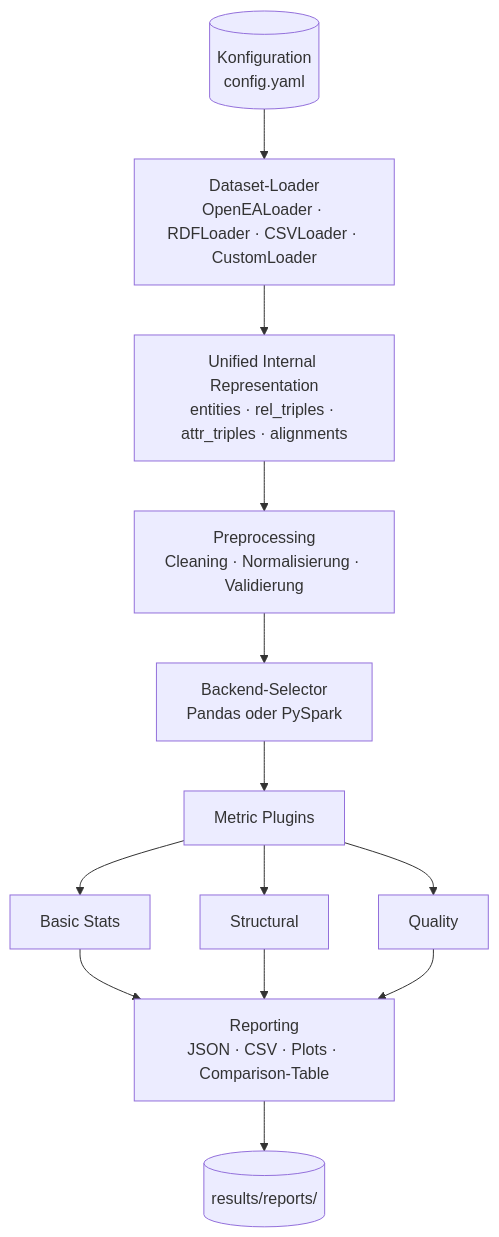
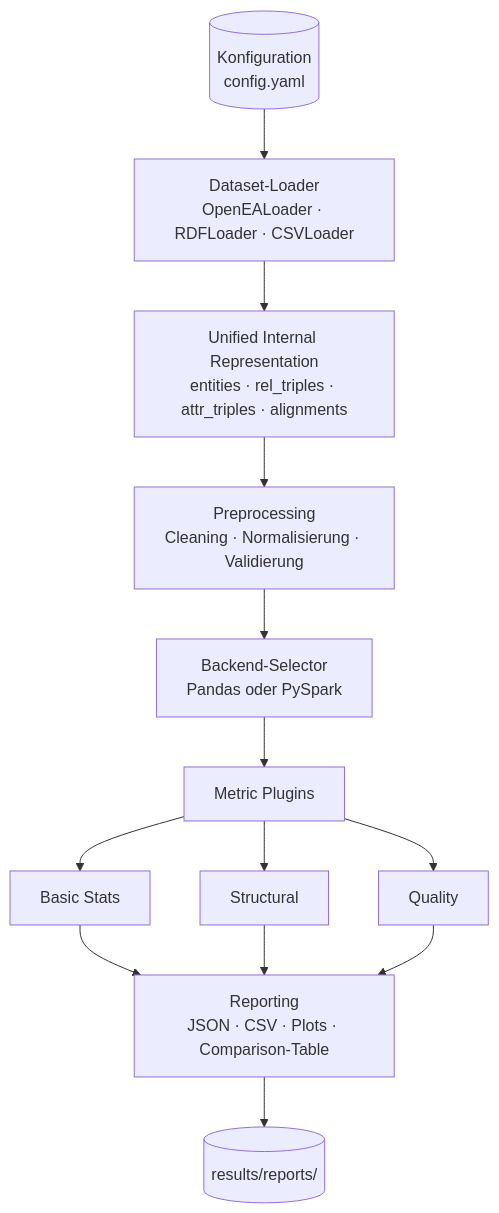
One commit to aischesp/Evaluation-of-Data-Integration-Benchmark-Datasets-for-Knowledge-Graphs changed the first of 2 diagrams in docs/Architektur.md. Above: the diagram before and after it, drawn with Mermaid. The commit also changed other lines of this file and 4 other files, not shown here.

````diff
--- a/docs/Architektur.md
+++ b/docs/Architektur.md
@@ -17,17 +17,17 @@
 ```mermaid
 flowchart TB
     A[(Konfiguration<br/>config.yaml)] --> B
-    B[Dataset-Loader<br/>OpenEALoader · RDFLoader · CSVLoader · CustomLoader] --> C
+    B[Dataset-Loader<br/>OpenEALoader · RDFLoader · CSVLoader] --> C
     C[Unified Internal Representation<br/>entities · rel_triples · attr_triples · alignments]
     C --> D[Preprocessing<br/>Cleaning · Normalisierung · Validierung]
     D --> E[Backend-Selector<br/>Pandas oder PySpark]
     E --> F[Metric Plugins]
     F --> F1[Basic Stats]
     F --> F2[Structural]
     F --> F3[Quality]
     F1 --> G
     F2 --> G
     F3 --> G
     G[Reporting<br/>JSON · CSV · Plots · Comparison-Table]
     G --> H[(results/reports/)]
 ```
````
